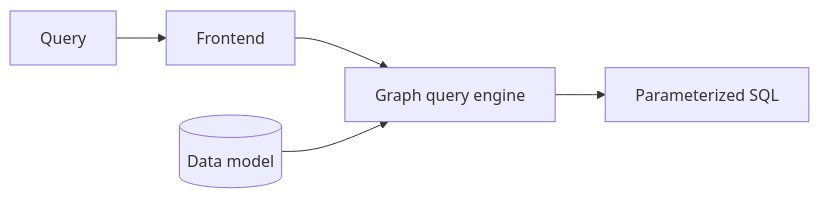
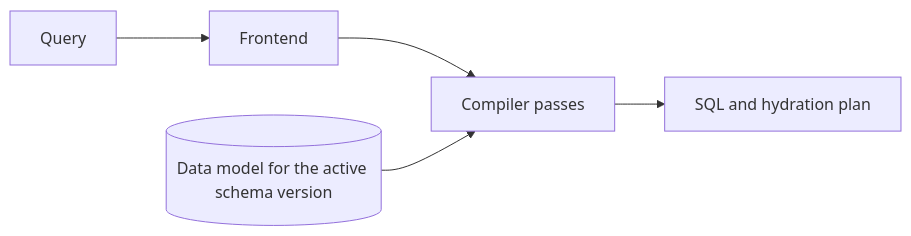
Before and after one commit to gitlabhq/orbit-knowledge-graph: the third of 6 diagrams in docs/pages/engineering/architecture/querying.md, drawn with Mermaid. The commit also changed other lines of this file and 2 other files, not shown here.

Commit message:
docs(architecture): tighten the querying pages and add the engine walkthrough

````diff
--- a/docs/pages/engineering/architecture/querying.md
+++ b/docs/pages/engineering/architecture/querying.md
@@ -64,7 +63,7 @@
 ```mermaid
 flowchart LR
     Query --> Frontend
-    Frontend --> Engine[Graph query engine]
-    Model[(Data model)] --> Engine
-    Engine --> SQL[Parameterized SQL]
+    Frontend --> Passes[Compiler passes]
+    Model[(Data model for the active schema version)] --> Passes
+    Passes --> SQL[SQL and hydration plan]
 ```
````
